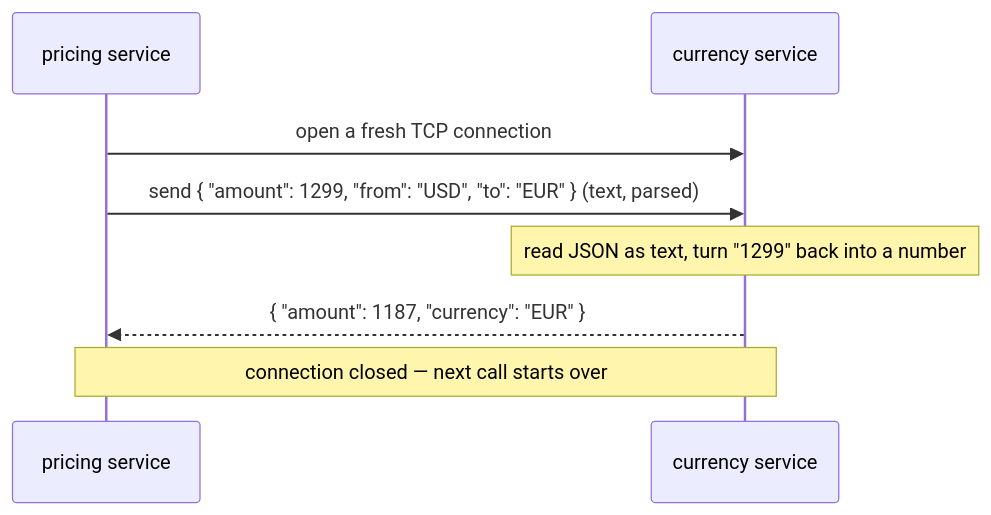
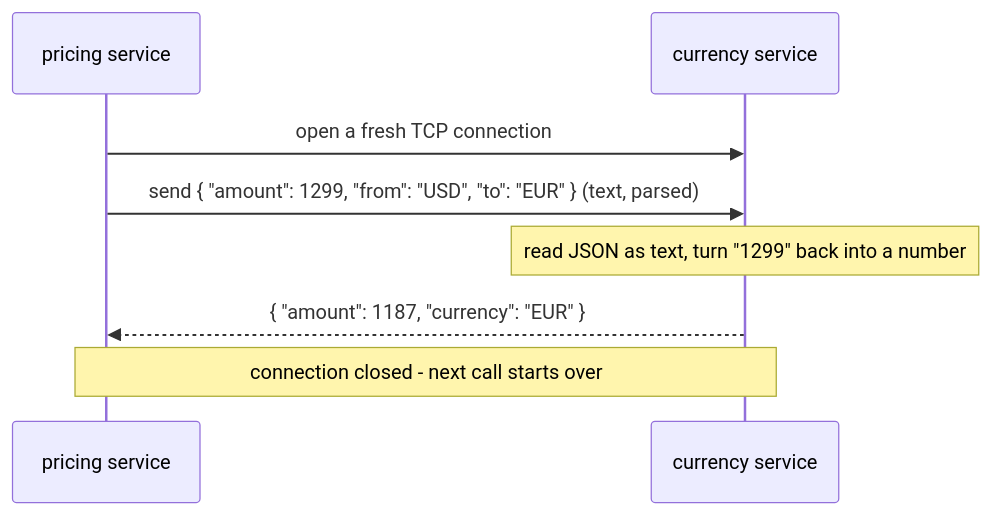
Before and after one commit to Topurrra/themissingmanual: the first of 2 diagrams in guides/apis/grpc-explained/01-the-problem-grpc-solves.md, drawn with Mermaid. The commit also changed other lines of this file and 1009 other files, not shown here.

````diff
--- a/guides/apis/grpc-explained/01-the-problem-grpc-solves.md
+++ b/guides/apis/grpc-explained/01-the-problem-grpc-solves.md
@@ -29,10 +29,10 @@
 ```mermaid
 sequenceDiagram
   participant Pricing as pricing service
   participant Currency as currency service
   Pricing->>Currency: open a fresh TCP connection
   Pricing->>Currency: send { "amount": 1299, "from": "USD", "to": "EUR" } (text, parsed)
   Note over Currency: read JSON as text, turn "1299" back into a number
   Currency-->>Pricing: { "amount": 1187, "currency": "EUR" }
-  Note over Pricing,Currency: connection closed — next call starts over
+  Note over Pricing,Currency: connection closed - next call starts over
 ```
````
